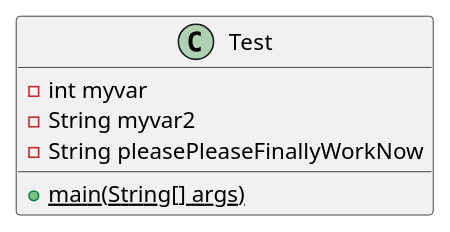
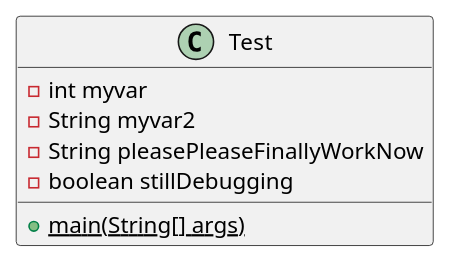
Before and after one commit to andrewdimmer/csi-3370-software-project-config-test: the diagram in docs/uml/test.puml, drawn with PlantUML.

```diff
--- a/docs/uml/test.puml
+++ b/docs/uml/test.puml
@@ -1,10 +1,11 @@
 @startuml test
 
 class Test {
     - int myvar
     - String myvar2
     - String pleasePleaseFinallyWorkNow
+    - boolean stillDebugging
     {static} + main(String[] args)
 }
 
 @enduml
```
